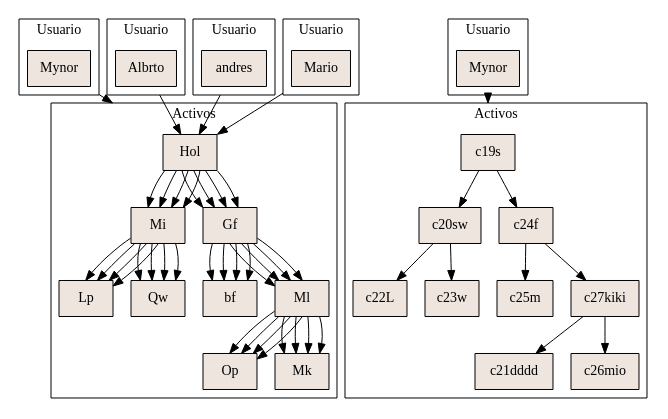
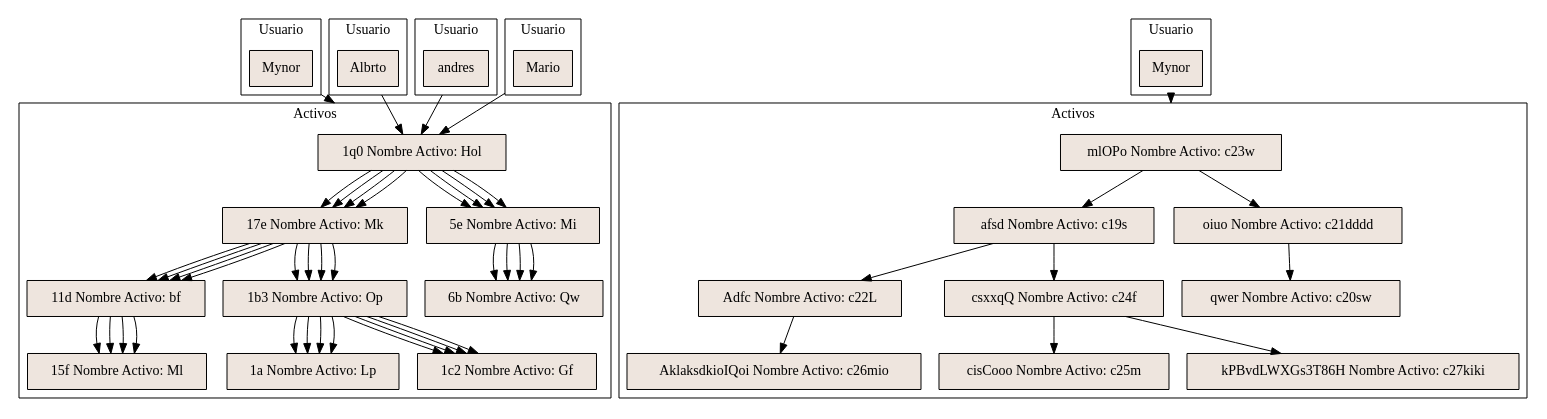
One commit to MEFM/SistemaDeRentas changed the diagram in reporteDepartamento.dot. Above: the diagram before and after it, drawn with Graphviz. The commit also changed 29 other files, not shown here.

```diff
--- a/reporteDepartamento.dot
+++ b/reporteDepartamento.dot
@@ -1,89 +1,184 @@
 digraph a{
 node[shape = record, style=filled, fillcolor=seashell2];
 compound = true
                                   subgraph cluster0                                  {
                                   label = "Usuario";
                                   Titulo0                                  [label="Mynor"]
                                   }
                                   subgraph cluster1                                  {
-                                  label ="Activos"                                                                                                      Hol->Mi
-                                  Hol->Gf
-                                  Mi->Lp
-                                  Mi->Qw
-                                  Gf->bf
-                                  Gf->Ml
-                                  Ml->Op
-                                  Ml->Mk
+                                  label ="Activos"                                                                    								D1q0[label = "1q0 Nombre Activo: Hol"]
+								D17e[label = "1q0 Nombre Activo: Hol"]
+								D1q0-> D17e
+								D5e[label = "1q0 Nombre Activo: Hol"]
+								D1q0-> D5e
+								D17e[label = "17e Nombre Activo: Mk"]
+								D11d[label = "17e Nombre Activo: Mk"]
+								D17e-> D11d
+								D1b3[label = "17e Nombre Activo: Mk"]
+								D17e-> D1b3
+								D11d[label = "11d Nombre Activo: bf"]
+								D15f[label = "15f Nombre Activo: Ml"]
+								D15f[label = "11d Nombre Activo: bf"]
+								D11d-> D15f
+								D15f[label = "15f Nombre Activo: Ml"]
+								D1b3[label = "1b3 Nombre Activo: Op"]
+								D1a[label = "1b3 Nombre Activo: Op"]
+								D1b3-> D1a
+								D1c2[label = "1b3 Nombre Activo: Op"]
+								D1b3-> D1c2
+								D1a[label = "1a Nombre Activo: Lp"]
+								D1c2[label = "1c2 Nombre Activo: Gf"]
+								D5e[label = "5e Nombre Activo: Mi"]
+								D6b[label = "6b Nombre Activo: Qw"]
+								D6b[label = "5e Nombre Activo: Mi"]
+								D5e-> D6b
+								D6b[label = "6b Nombre Activo: Qw"]
                                   }
 
-                                  Titulo0                                  -> Hol[ltail=cluster0 lhead=cluster1]
+                                  Titulo0                                  -> D1q0[ltail=cluster0 lhead=cluster1]
                                   ;
                                   subgraph cluster2                                  {
                                   label = "Usuario";
                                   Titulo2                                  [label="Albrto"]
                                   }
                                   subgraph cluster3                                  {
-                                  label ="Activos"                                                                                                      Hol->Mi
-                                  Hol->Gf
-                                  Mi->Lp
-                                  Mi->Qw
-                                  Gf->bf
-                                  Gf->Ml
-                                  Ml->Op
-                                  Ml->Mk
+                                  label ="Activos"                                                                    								D1q0[label = "1q0 Nombre Activo: Hol"]
+								D17e[label = "1q0 Nombre Activo: Hol"]
+								D1q0-> D17e
+								D5e[label = "1q0 Nombre Activo: Hol"]
+								D1q0-> D5e
+								D17e[label = "17e Nombre Activo: Mk"]
+								D11d[label = "17e Nombre Activo: Mk"]
+								D17e-> D11d
+								D1b3[label = "17e Nombre Activo: Mk"]
+								D17e-> D1b3
+								D11d[label = "11d Nombre Activo: bf"]
+								D15f[label = "15f Nombre Activo: Ml"]
+								D15f[label = "11d Nombre Activo: bf"]
+								D11d-> D15f
+								D15f[label = "15f Nombre Activo: Ml"]
+								D1b3[label = "1b3 Nombre Activo: Op"]
+								D1a[label = "1b3 Nombre Activo: Op"]
+								D1b3-> D1a
+								D1c2[label = "1b3 Nombre Activo: Op"]
+								D1b3-> D1c2
+								D1a[label = "1a Nombre Activo: Lp"]
+								D1c2[label = "1c2 Nombre Activo: Gf"]
+								D5e[label = "5e Nombre Activo: Mi"]
+								D6b[label = "6b Nombre Activo: Qw"]
+								D6b[label = "5e Nombre Activo: Mi"]
+								D5e-> D6b
+								D6b[label = "6b Nombre Activo: Qw"]
                                   }
 
-                                  Titulo2                                  -> Hol[ltail=cluster2 lhead=cluster3]
+                                  Titulo2                                  -> D1q0[ltail=cluster2 lhead=cluster3]
                                   ;
                                   subgraph cluster6                                  {
                                   label = "Usuario";
                                   Titulo6                                  [label="andres"]
                                   }
                                   subgraph cluster7                                  {
-                                  label ="Activos"                                                                                                      Hol->Mi
-                                  Hol->Gf
-                                  Mi->Lp
-                                  Mi->Qw
-                                  Gf->bf
-                                  Gf->Ml
-                                  Ml->Op
-                                  Ml->Mk
+                                  label ="Activos"                                                                    								D1q0[label = "1q0 Nombre Activo: Hol"]
+								D17e[label = "1q0 Nombre Activo: Hol"]
+								D1q0-> D17e
+								D5e[label = "1q0 Nombre Activo: Hol"]
+								D1q0-> D5e
+								D17e[label = "17e Nombre Activo: Mk"]
+								D11d[label = "17e Nombre Activo: Mk"]
+								D17e-> D11d
+								D1b3[label = "17e Nombre Activo: Mk"]
+								D17e-> D1b3
+								D11d[label = "11d Nombre Activo: bf"]
+								D15f[label = "15f Nombre Activo: Ml"]
+								D15f[label = "11d Nombre Activo: bf"]
+								D11d-> D15f
+								D15f[label = "15f Nombre Activo: Ml"]
+								D1b3[label = "1b3 Nombre Activo: Op"]
+								D1a[label = "1b3 Nombre Activo: Op"]
+								D1b3-> D1a
+								D1c2[label = "1b3 Nombre Activo: Op"]
+								D1b3-> D1c2
+								D1a[label = "1a Nombre Activo: Lp"]
+								D1c2[label = "1c2 Nombre Activo: Gf"]
+								D5e[label = "5e Nombre Activo: Mi"]
+								D6b[label = "6b Nombre Activo: Qw"]
+								D6b[label = "5e Nombre Activo: Mi"]
+								D5e-> D6b
+								D6b[label = "6b Nombre Activo: Qw"]
                                   }
 
-                                  Titulo6                                  -> Hol[ltail=cluster6 lhead=cluster7]
+                                  Titulo6                                  -> D1q0[ltail=cluster6 lhead=cluster7]
                                   ;
                                   subgraph cluster8                                  {
                                   label = "Usuario";
                                   Titulo8                                  [label="Mario"]
                                   }
                                   subgraph cluster9                                  {
-                                  label ="Activos"                                                                                                      Hol->Mi
-                                  Hol->Gf
-                                  Mi->Lp
-                                  Mi->Qw
-                                  Gf->bf
-                                  Gf->Ml
-                                  Ml->Op
-                                  Ml->Mk
+                                  label ="Activos"                                                                    								D1q0[label = "1q0 Nombre Activo: Hol"]
+								D17e[label = "1q0 Nombre Activo: Hol"]
+								D1q0-> D17e
+								D5e[label = "1q0 Nombre Activo: Hol"]
+								D1q0-> D5e
+								D17e[label = "17e Nombre Activo: Mk"]
+								D11d[label = "17e Nombre Activo: Mk"]
+								D17e-> D11d
+								D1b3[label = "17e Nombre Activo: Mk"]
+								D17e-> D1b3
+								D11d[label = "11d Nombre Activo: bf"]
+								D15f[label = "15f Nombre Activo: Ml"]
+								D15f[label = "11d Nombre Activo: bf"]
+								D11d-> D15f
+								D15f[label = "15f Nombre Activo: Ml"]
+								D1b3[label = "1b3 Nombre Activo: Op"]
+								D1a[label = "1b3 Nombre Activo: Op"]
+								D1b3-> D1a
+								D1c2[label = "1b3 Nombre Activo: Op"]
+								D1b3-> D1c2
+								D1a[label = "1a Nombre Activo: Lp"]
+								D1c2[label = "1c2 Nombre Activo: Gf"]
+								D5e[label = "5e Nombre Activo: Mi"]
+								D6b[label = "6b Nombre Activo: Qw"]
+								D6b[label = "5e Nombre Activo: Mi"]
+								D5e-> D6b
+								D6b[label = "6b Nombre Activo: Qw"]
                                   }
 
-                                  Titulo8                                  -> Hol[ltail=cluster8 lhead=cluster9]
+                                  Titulo8                                  -> D1q0[ltail=cluster8 lhead=cluster9]
                                   ;
                                   subgraph cluster12                                  {
                                   label = "Usuario";
                                   Titulo12                                  [label="Mynor"]
                                   }
                                   subgraph cluster13                                  {
-                                  label ="Activos"                                                                                                      c19s->c20sw
-                                  c19s->c24f
-                                  c20sw->c22L
-                                  c20sw->c23w
-                                  c24f->c25m
-                                  c24f->c27kiki
-                                  c27kiki->c21dddd
-                                  c27kiki->c26mio
+                                  label ="Activos"                                                                    								DmlOPo[label = "mlOPo Nombre Activo: c23w"]
+								Dafsd[label = "mlOPo Nombre Activo: c23w"]
+								DmlOPo-> Dafsd
+								Doiuo[label = "mlOPo Nombre Activo: c23w"]
+								DmlOPo-> Doiuo
+								Dafsd[label = "afsd Nombre Activo: c19s"]
+								DAdfc[label = "afsd Nombre Activo: c19s"]
+								Dafsd-> DAdfc
+								DcsxxqQ[label = "afsd Nombre Activo: c19s"]
+								Dafsd-> DcsxxqQ
+								DAdfc[label = "Adfc Nombre Activo: c22L"]
+								DAklaksdkioIQoi[label = "AklaksdkioIQoi Nombre Activo: c26mio"]
+								DAklaksdkioIQoi[label = "Adfc Nombre Activo: c22L"]
+								DAdfc-> DAklaksdkioIQoi
+								DAklaksdkioIQoi[label = "AklaksdkioIQoi Nombre Activo: c26mio"]
+								DcsxxqQ[label = "csxxqQ Nombre Activo: c24f"]
+								DcisCooo[label = "csxxqQ Nombre Activo: c24f"]
+								DcsxxqQ-> DcisCooo
+								DkPBvdLWXGs3T86H[label = "csxxqQ Nombre Activo: c24f"]
+								DcsxxqQ-> DkPBvdLWXGs3T86H
+								DcisCooo[label = "cisCooo Nombre Activo: c25m"]
+								DkPBvdLWXGs3T86H[label = "kPBvdLWXGs3T86H Nombre Activo: c27kiki"]
+								Doiuo[label = "oiuo Nombre Activo: c21dddd"]
+								Dqwer[label = "qwer Nombre Activo: c20sw"]
+								Dqwer[label = "oiuo Nombre Activo: c21dddd"]
+								Doiuo-> Dqwer
+								Dqwer[label = "qwer Nombre Activo: c20sw"]
                                   }
 
-                                  Titulo12                                  -> c19s[ltail=cluster12 lhead=cluster13]
+                                  Titulo12                                  -> DmlOPo[ltail=cluster12 lhead=cluster13]
                                   ;
 }
```
